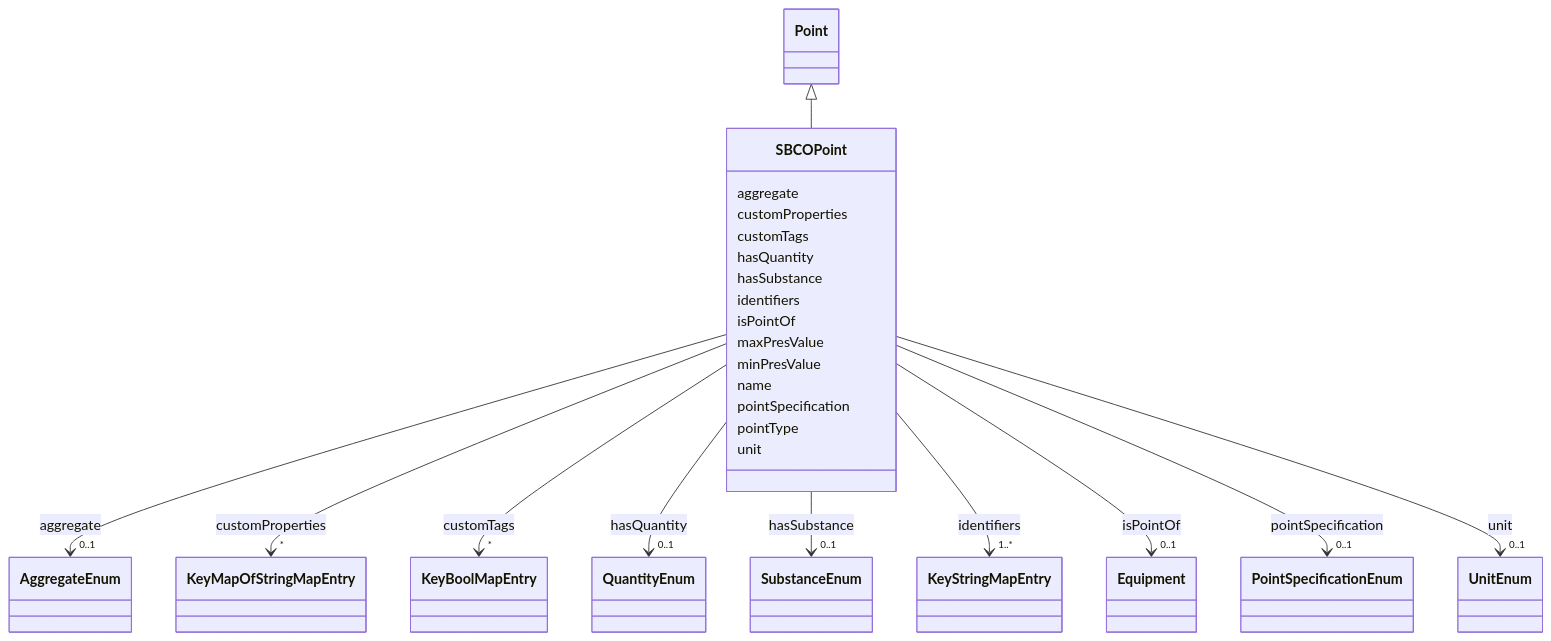
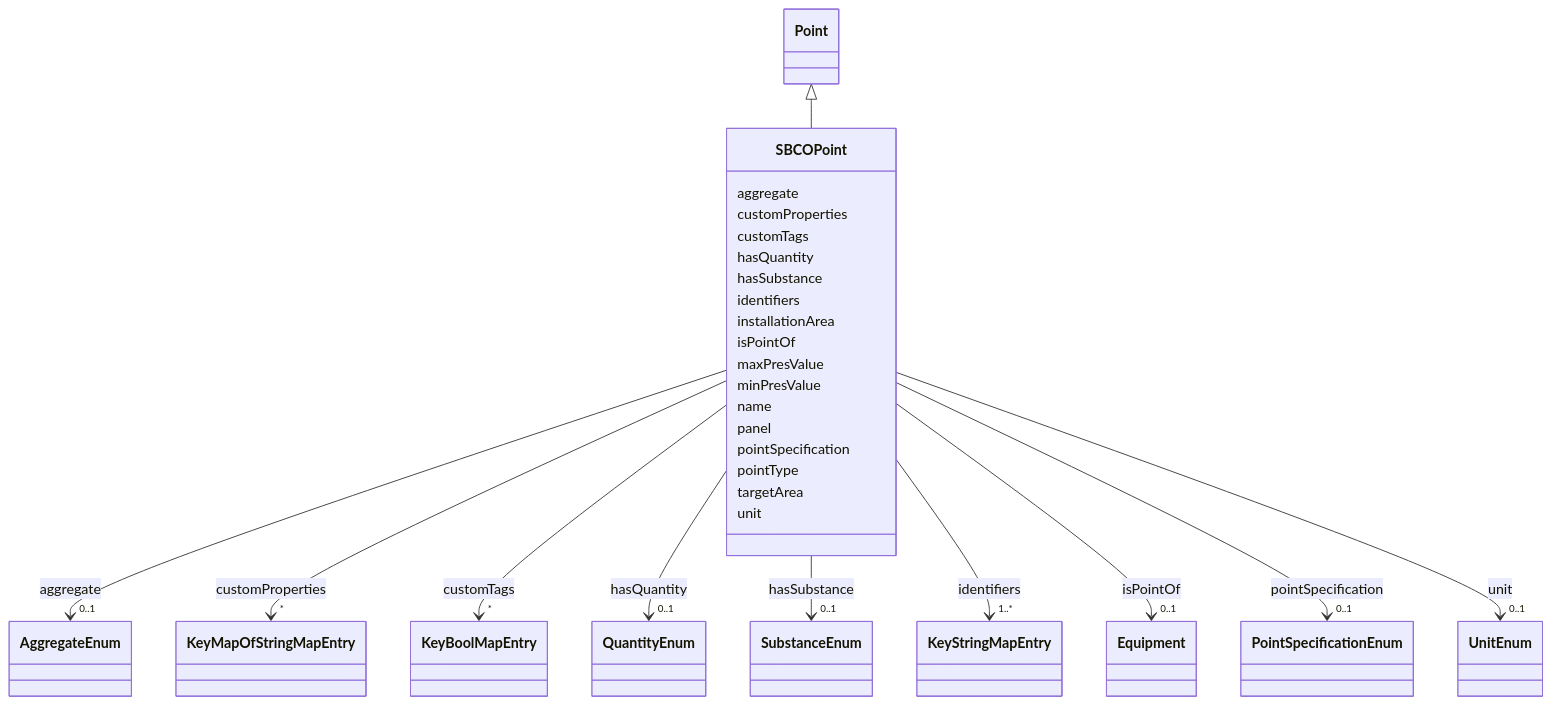
The diagram in docs/SBCOPoint.md (takashikasuya/smartbuiding_ontology), drawn with Mermaid before and after one commit. The commit also changed other lines of this file and 74 other files, not shown here.

First line of the commit message:
Add documentation for new slots: installationArea, memberOf, panel, and targetArea

```diff
--- a/docs/SBCOPoint.md
+++ b/docs/SBCOPoint.md
@@ -88,6 +88,8 @@
     
 
         
+      SBCOPoint : installationArea
+        
       SBCOPoint : isPointOf
         
           
@@ -105,6 +107,8 @@
         
       SBCOPoint : name
         
+      SBCOPoint : panel
+        
       SBCOPoint : pointSpecification
         
           
@@ -117,6 +121,8 @@
 
         
       SBCOPoint : pointType
+        
+      SBCOPoint : targetArea
         
       SBCOPoint : unit
         
```
